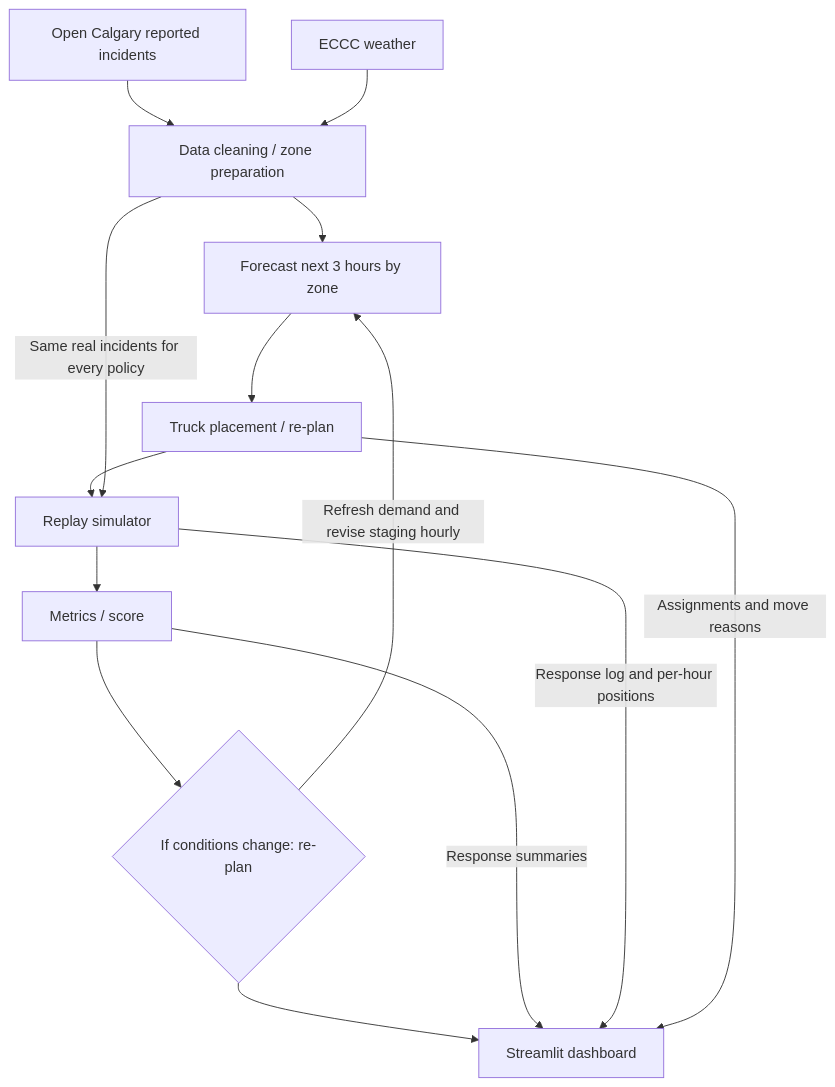
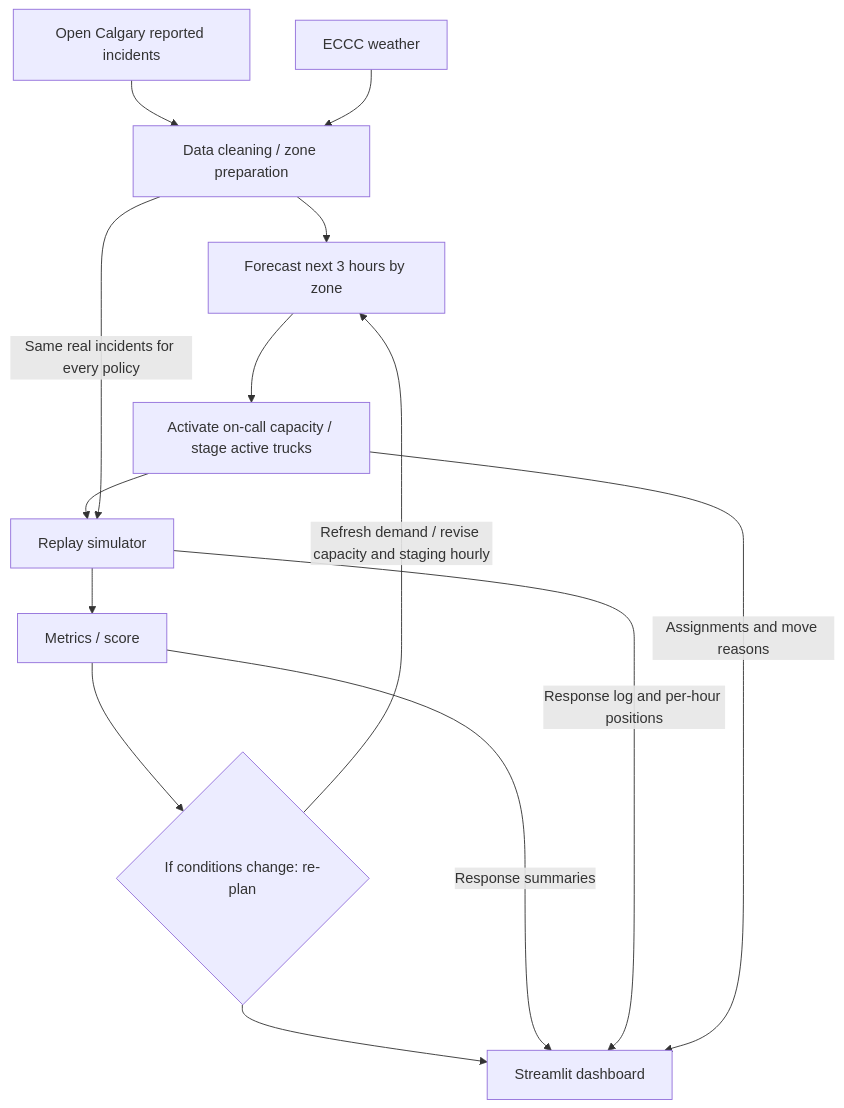
The diagram in docs/architecture-spec.md (Drakooz/Stormstage), drawn with Mermaid before and after one commit. The commit also changed other lines of this file and 5 other files, not shown here.

Commit message:
Align docs with on-call StormStage design

````diff
--- a/docs/architecture-spec.md
+++ b/docs/architecture-spec.md
@@ -9,16 +9,16 @@
 ```mermaid
 flowchart TD
     I[Open Calgary reported incidents] --> D[Data cleaning / zone preparation]
     W[ECCC weather] --> D
     D --> F[Forecast next 3 hours by zone]
-    F --> P[Truck placement / re-plan]
+    F --> P[Activate on-call capacity / stage active trucks]
     P --> R[Replay simulator]
     D -->|Same real incidents for every policy| R
     R --> M[Metrics / score]
     M --> C{If conditions change: re-plan}
-    C -->|Refresh demand and revise staging hourly| F
+    C -->|Refresh demand / revise capacity and staging hourly| F
     C --> S[Streamlit dashboard]
     M -->|Response summaries| S
     R -->|Response log and per-hour positions| S
     P -->|Assignments and move reasons| S
 ```
````
